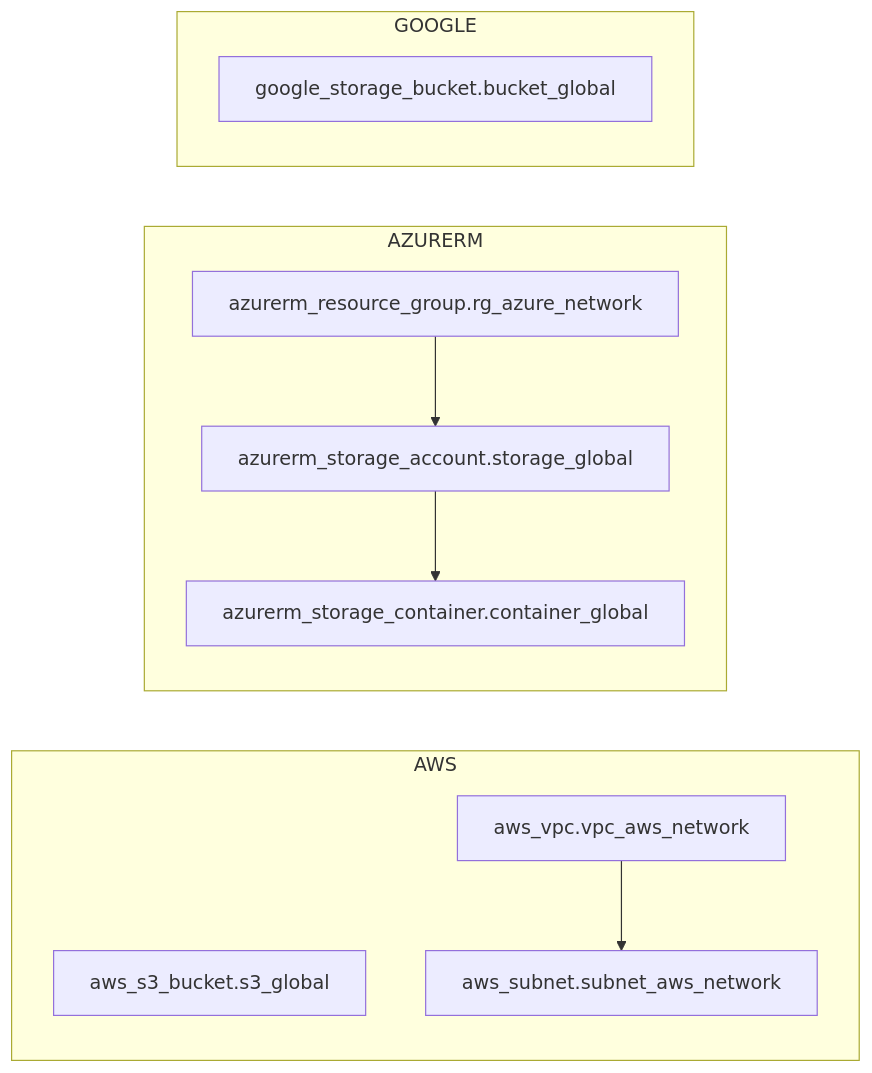
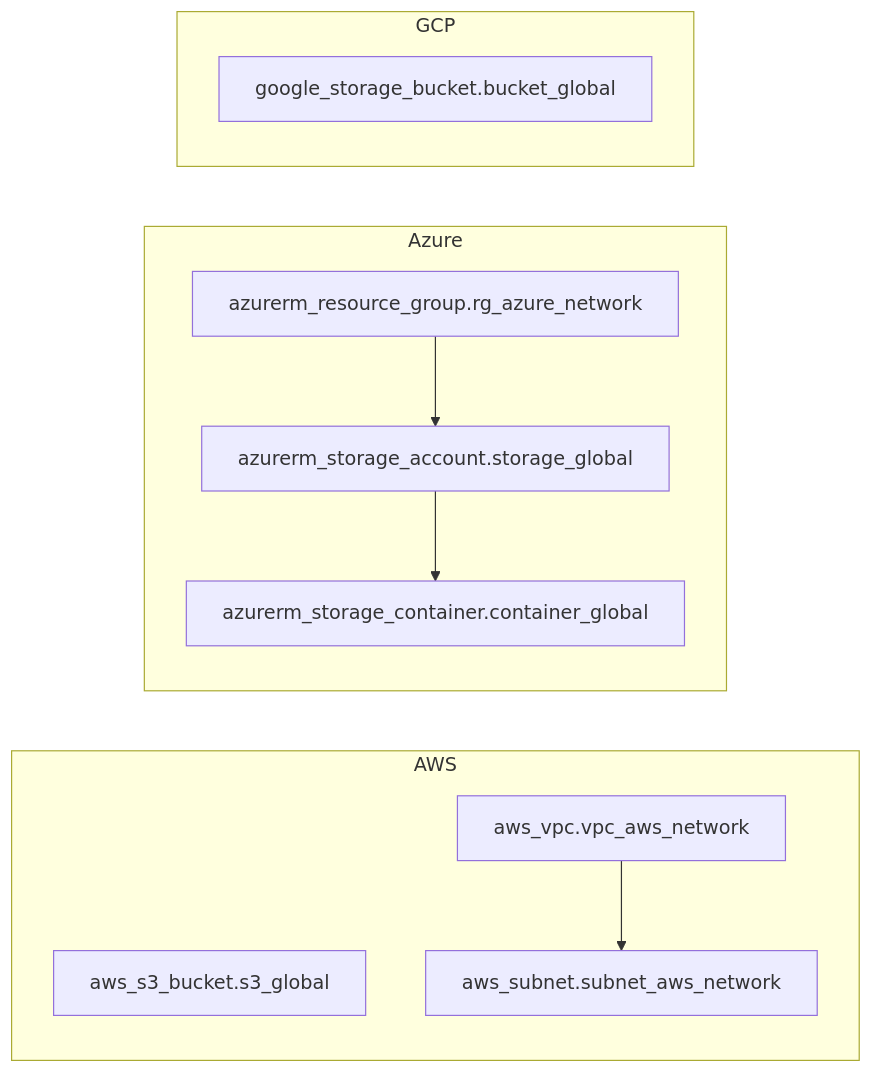
Before and after one commit to suryakumaran2611/auto-arch-diagram: the diagram in examples/terraform/mlops-multi-cloud/architecture-diagram.mmd, drawn with Mermaid. The commit also changed 53 other files, not shown here.

First line of the commit message:
Update architecture diagrams and add dynamic icon mapping tools

```diff
--- a/examples/terraform/mlops-multi-cloud/architecture-diagram.mmd
+++ b/examples/terraform/mlops-multi-cloud/architecture-diagram.mmd
@@ -1,17 +1,17 @@
 flowchart LR
 subgraph AWS[AWS]
   tf_aws_s3_bucket_s3_global["aws_s3_bucket.s3_global"]
   tf_aws_subnet_subnet_aws_network["aws_subnet.subnet_aws_network"]
   tf_aws_vpc_vpc_aws_network["aws_vpc.vpc_aws_network"]
 end
-subgraph AZURERM[AZURERM]
+subgraph Azure[Azure]
   tf_azurerm_resource_group_rg_azure_network["azurerm_resource_group.rg_azure_network"]
   tf_azurerm_storage_account_storage_global["azurerm_storage_account.storage_global"]
   tf_azurerm_storage_container_container_global["azurerm_storage_container.container_global"]
 end
-subgraph GOOGLE[GOOGLE]
+subgraph GCP[GCP]
   tf_google_storage_bucket_bucket_global["google_storage_bucket.bucket_global"]
 end
 tf_aws_vpc_vpc_aws_network --> tf_aws_subnet_subnet_aws_network
 tf_azurerm_resource_group_rg_azure_network --> tf_azurerm_storage_account_storage_global
 tf_azurerm_storage_account_storage_global --> tf_azurerm_storage_container_container_global
```
